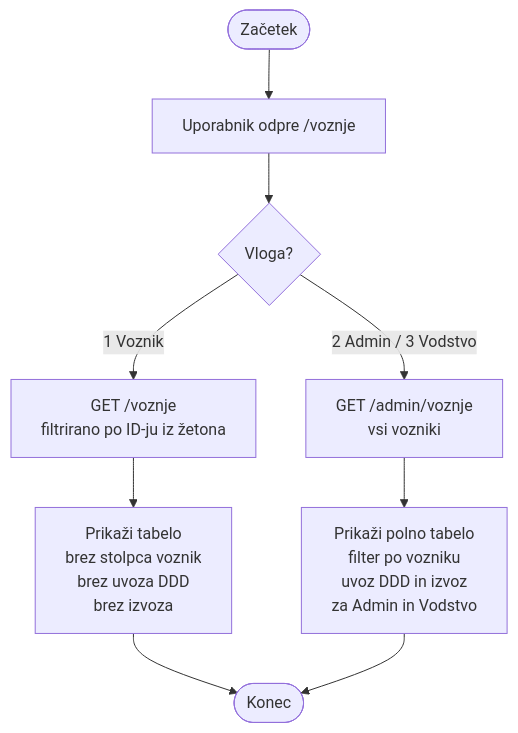
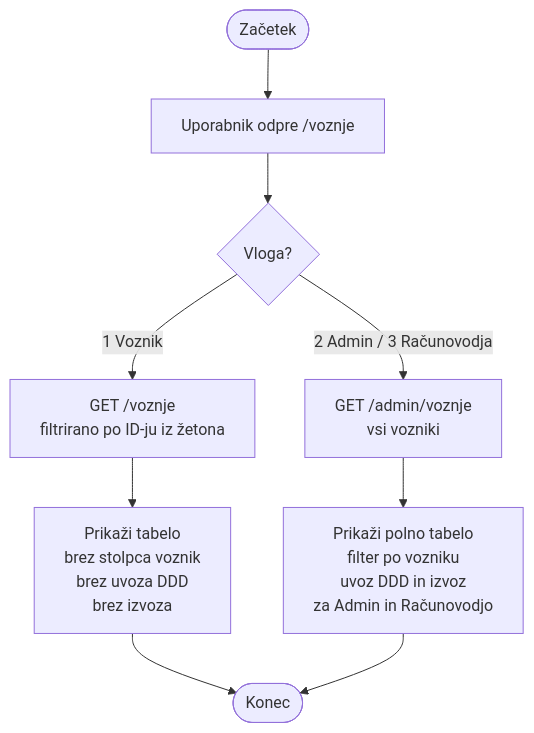
One commit to Valeri123car/Projekt2026 changed diagram 13 of 15 in README.md. Above: the diagram before and after it, drawn with Mermaid. The commit also changed other lines of this file and 3 other files, not shown here.

````diff
--- a/README.md
+++ b/README.md
@@ -1024,11 +1045,11 @@
 ```mermaid
 flowchart TD
     S([Začetek]) --> A[Uporabnik odpre /voznje]
     A --> B{Vloga?}
     B -->|1 Voznik| C[GET /voznje\nfiltrirano po ID-ju iz žetona]
-    B -->|2 Admin / 3 Vodstvo| D[GET /admin/voznje\nvsi vozniki]
+    B -->|2 Admin / 3 Računovodja| D[GET /admin/voznje\nvsi vozniki]
     C --> E[Prikaži tabelo\nbrez stolpca voznik\nbrez uvoza DDD\nbrez izvoza]
-    D --> F[Prikaži polno tabelo\nfilter po vozniku\nuvoz DDD in izvoz\nza Admin in Vodstvo]
+    D --> F[Prikaži polno tabelo\nfilter po vozniku\nuvoz DDD in izvoz\nza Admin in Računovodjo]
     E --> EN([Konec])
     F --> EN
 ```
````
